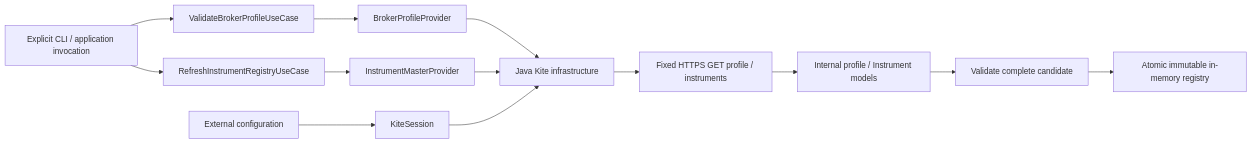
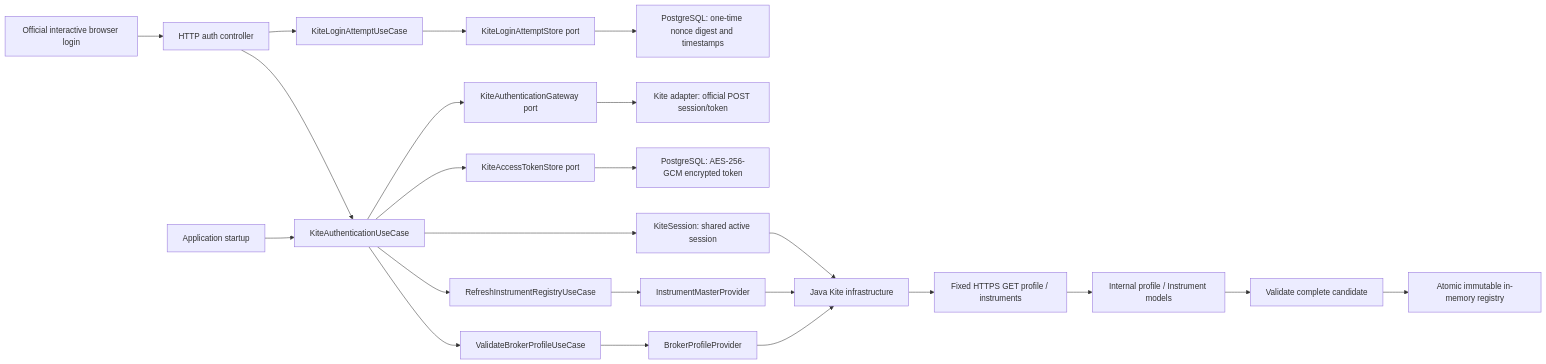
Before and after one commit to chandramketharajupalli/kite-hybrid-platform: the diagram in docs/architecture/kite-rest-and-instruments.md, drawn with Mermaid. The commit also changed other lines of this file and 52 other files, not shown here.

Commit message:
Automate Kite Connect authentication and token persistence

````diff
--- a/docs/architecture/kite-rest-and-instruments.md
+++ b/docs/architecture/kite-rest-and-instruments.md
@@ -3,15 +3,25 @@
 ```mermaid
 flowchart LR
-    Manual[Explicit CLI / application invocation] --> Profile[ValidateBrokerProfileUseCase]
-    Manual --> Refresh[RefreshInstrumentRegistryUseCase]
+    Browser[Official interactive browser login] --> Callback[HTTP auth controller]
+    Startup[Application startup] --> Auth[KiteAuthenticationUseCase]
+    Callback --> Auth
+    Callback --> Attempts[KiteLoginAttemptUseCase]
+    Attempts --> AttemptPort[KiteLoginAttemptStore port]
+    AttemptPort --> AttemptDB[PostgreSQL: one-time nonce digest and timestamps]
+    Auth --> Gateway[KiteAuthenticationGateway port]
+    Gateway --> Exchange[Kite adapter: official POST session/token]
+    Auth --> Store[KiteAccessTokenStore port]
+    Store --> PG[PostgreSQL: AES-256-GCM encrypted token]
+    Auth --> Session[KiteSession: shared active session]
+    Auth --> Profile[ValidateBrokerProfileUseCase]
+    Auth --> Refresh[RefreshInstrumentRegistryUseCase]
     Profile --> ProfilePort[BrokerProfileProvider]
     Refresh --> MasterPort[InstrumentMasterProvider]
     ProfilePort --> Kite[Java Kite infrastructure]
     MasterPort --> Kite
-    Config[External configuration] --> Session[KiteSession]
     Session --> Kite
     Kite --> GET[Fixed HTTPS GET profile / instruments]
     GET --> Normalize[Internal profile / Instrument models]
     Normalize --> Candidate[Validate complete candidate]
     Candidate --> Registry[Atomic immutable in-memory registry]
 ```
````
